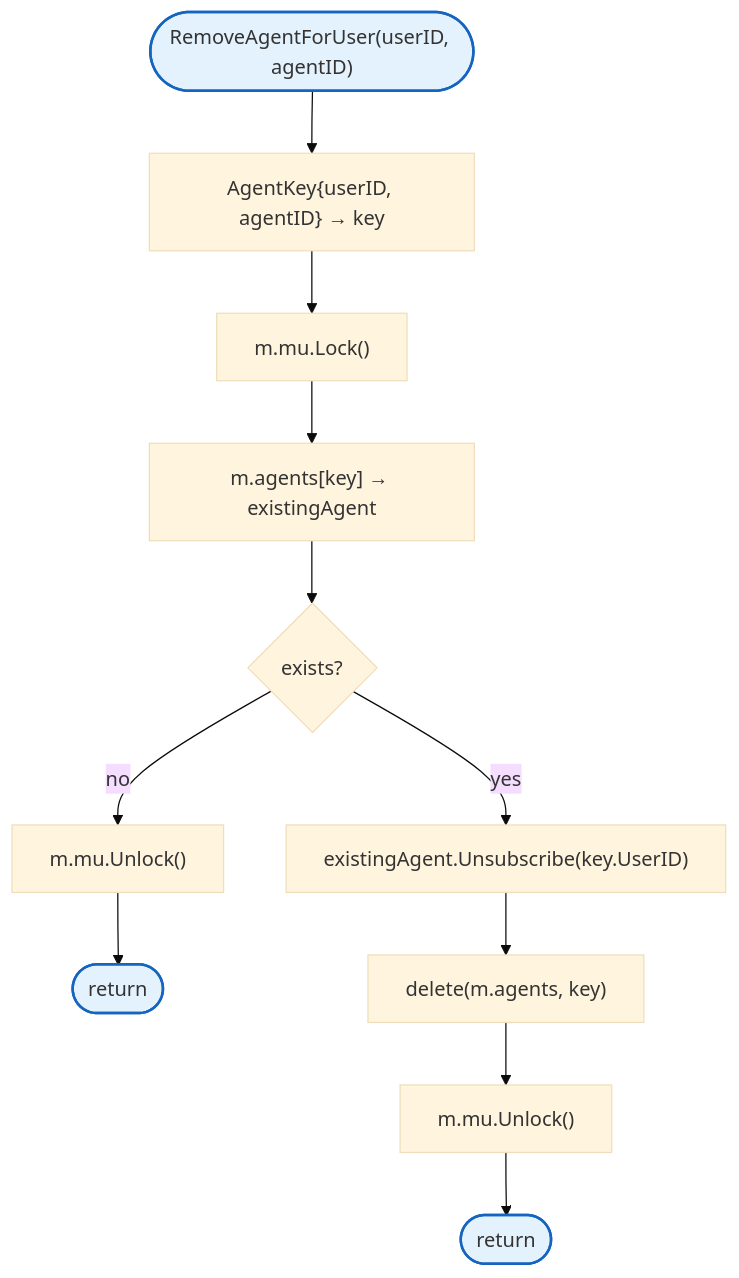
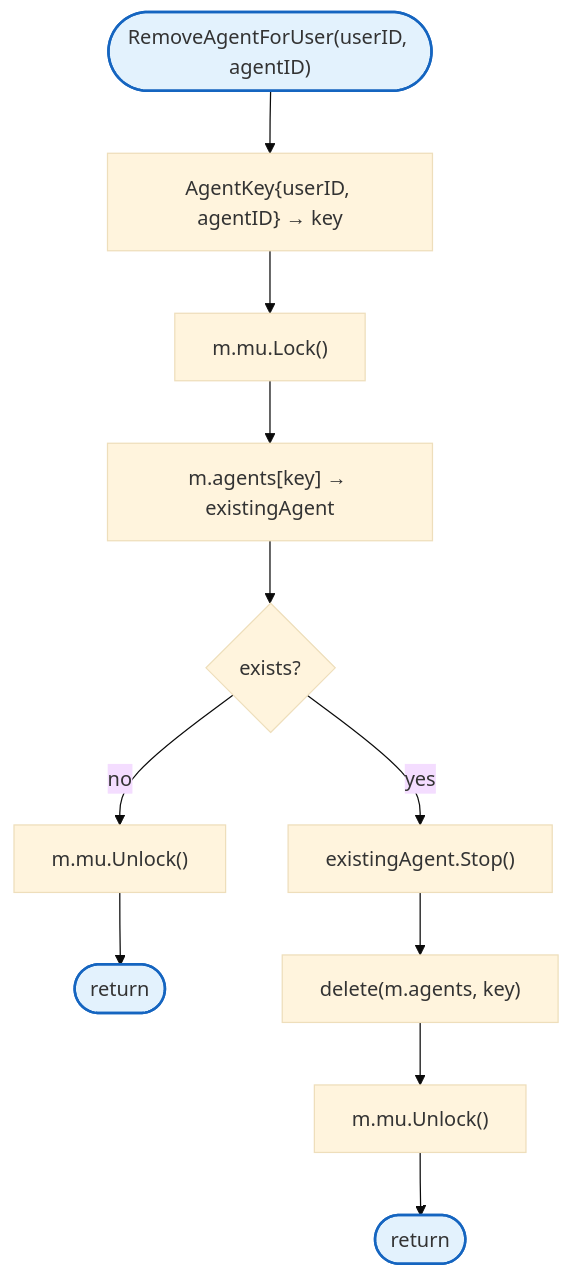
One commit to radch-ai/ava changed diagram 12 of 12 in docs/internal/websocket.md. Above: the diagram before and after it, drawn with Mermaid (base theme). The commit also changed other lines of this file and 38 other files, not shown here.

````diff
--- a/docs/internal/websocket.md
+++ b/docs/internal/websocket.md
@@ -495,17 +481,17 @@
 ```mermaid
 flowchart TB
     Start(["RemoveAgentForUser(userID, agentID)"]) --> MakeKey["AgentKey{userID, agentID} → key"]
     MakeKey --> Lock["m.mu.Lock()"]
     Lock --> GetAgent["m.agents[key] → existingAgent"]
     GetAgent --> CheckExists{exists?}
     CheckExists -->|no| Unlock["m.mu.Unlock()"]
     Unlock --> Return(["return"])
-    CheckExists -->|yes| Unsubscribe["existingAgent.Unsubscribe(key.UserID)"]
-    Unsubscribe --> DeleteAgent["delete(m.agents, key)"]
+    CheckExists -->|yes| StopAgent["existingAgent.Stop()"]
+    StopAgent --> DeleteAgent["delete(m.agents, key)"]
     DeleteAgent --> Unlock2["m.mu.Unlock()"]
     Unlock2 --> ReturnDone(["return"])
 
     classDef mainFn fill:#e3f2fd,stroke:#1565c0,stroke-width:2px
 
     class Start,Return,ReturnDone mainFn
 ```
````
